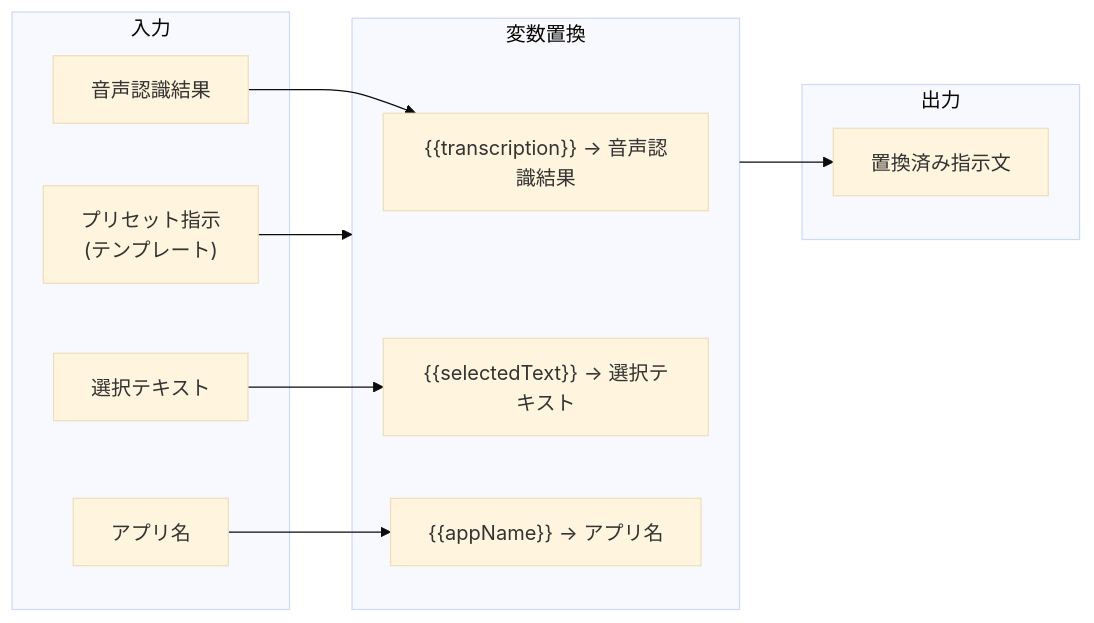
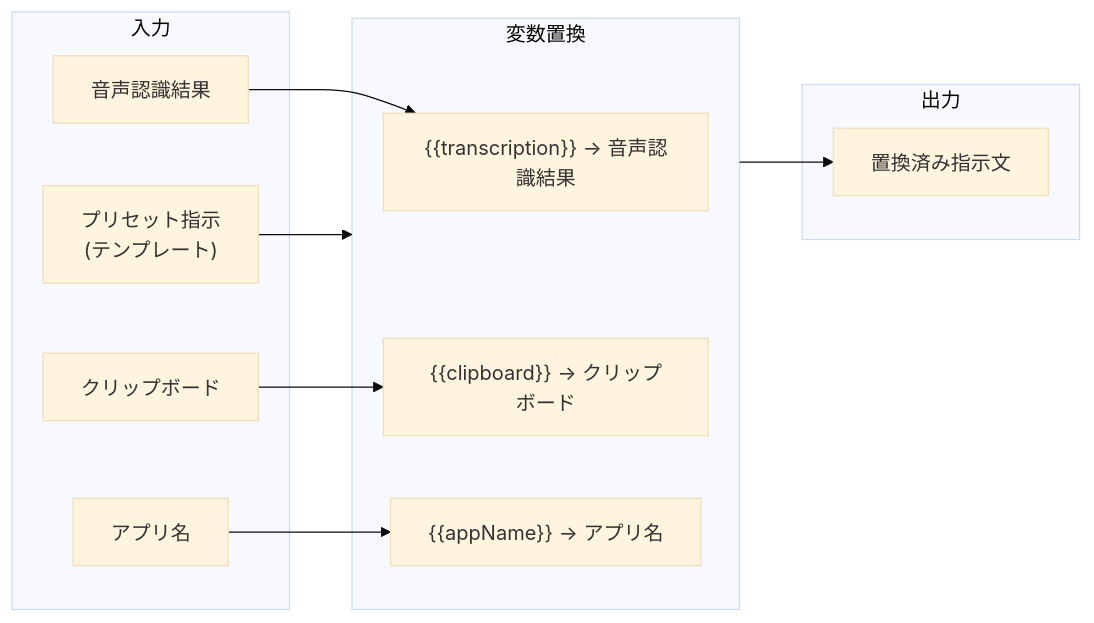
The third of 5 diagrams in apps/desktop/docs/プロンプト呼び出しタイミング.md (tkcel/surasura), drawn with Mermaid (base theme) before and after one commit. The commit also changed other lines of this file and 7 other files, not shown here.

````diff
--- a/apps/desktop/docs/プロンプト呼び出しタイミング.md
+++ b/apps/desktop/docs/プロンプト呼び出しタイミング.md
@@ -279,25 +279,25 @@
 ```mermaid
 flowchart LR
     subgraph Input["入力"]
         I1["プリセット指示<br/>(テンプレート)"]
         I2["音声認識結果"]
-        I3["選択テキスト"]
+        I3["クリップボード"]
         I4["アプリ名"]
     end
 
     subgraph Process["変数置換"]
         P1["{{transcription}} → 音声認識結果"]
-        P2["{{selectedText}} → 選択テキスト"]
+        P2["{{clipboard}} → クリップボード"]
         P3["{{appName}} → アプリ名"]
     end
 
     subgraph Output["出力"]
         O1["置換済み指示文"]
     end
 
     I1 --> Process
     I2 --> P1
     I3 --> P2
     I4 --> P3
     Process --> O1
 ```
````
